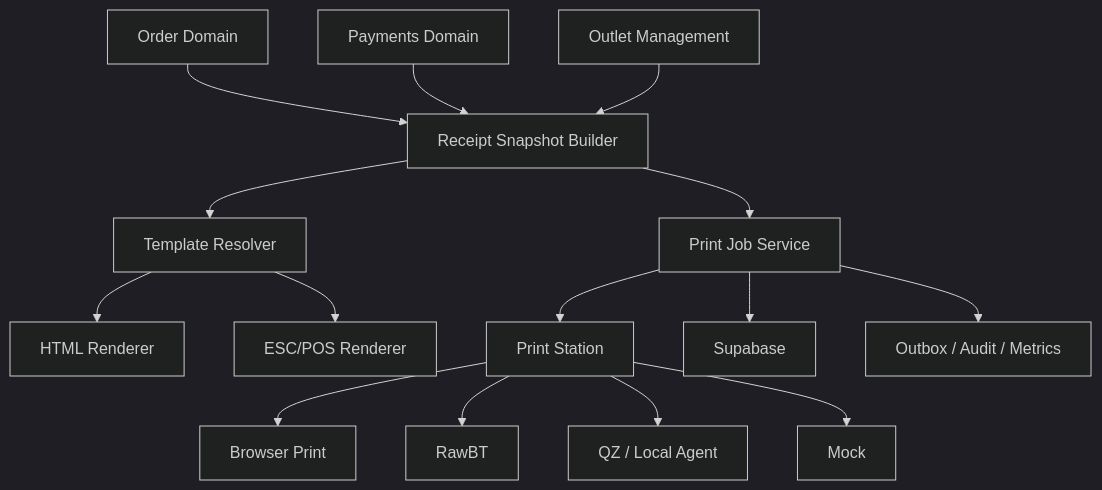
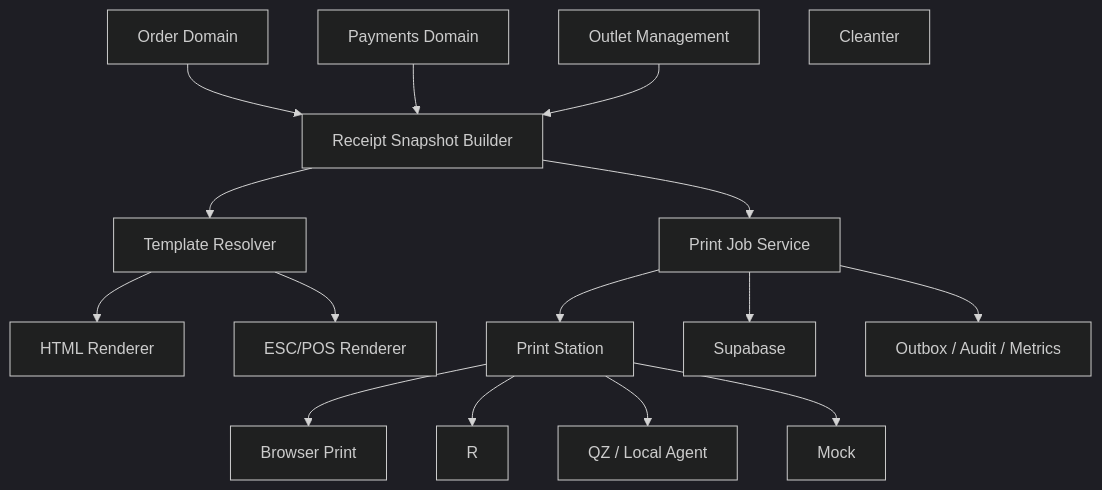
Before and after one commit to mridhoda/selaluteh-chatbot-crm: the first of 2 diagrams in specs/active/thermal-print-specs/design.md, drawn with Mermaid (dark theme). The commit also changed other lines of this file and 32 other files, not shown here.

````diff
--- a/specs/active/thermal-print-specs/design.md
+++ b/specs/active/thermal-print-specs/design.md
@@ -16,33 +16,33 @@
 ```mermaid
 graph TB
     O[Order Domain]
     P[Payments Domain]
     U[Outlet Management]
     S[Receipt Snapshot Builder]
     T[Template Resolver]
     H[HTML Renderer]
     E[ESC/POS Renderer]
     J[Print Job Service]
     ST[Print Station]
     B[Browser Print]
-    R[RawBT]
+    C[Cleanter]
     Q[QZ / Local Agent]
     M[Mock]
     DB[Supabase]
     X[Outbox / Audit / Metrics]
 
     O --> S
     P --> S
     U --> S
     S --> T
     T --> H
     T --> E
     S --> J
     J --> DB
     J --> ST
     ST --> B
     ST --> R
     ST --> Q
     ST --> M
     J --> X
 ```
````
